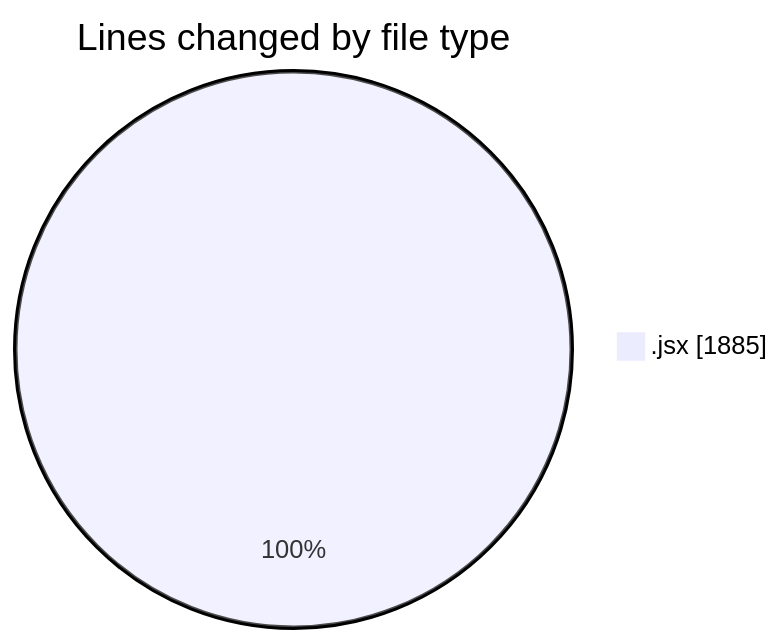
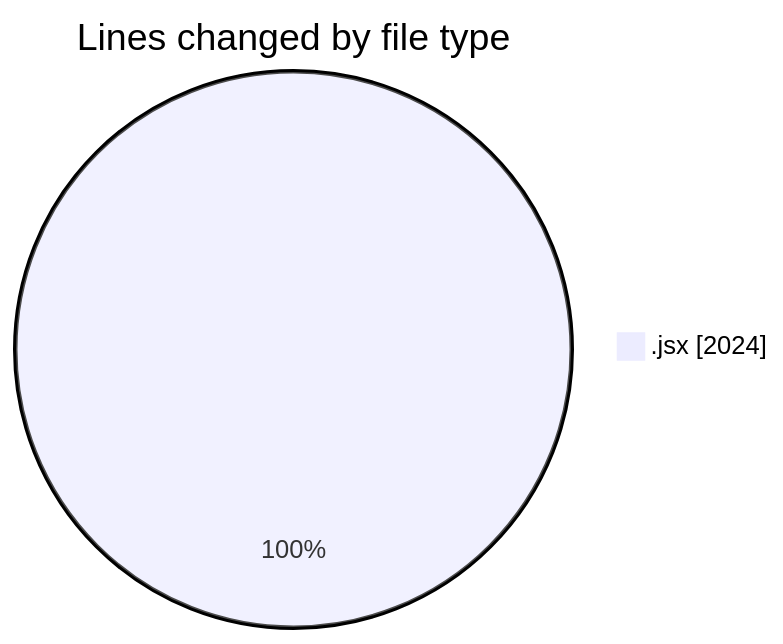
The first of 2 diagrams in 2025-05-05/nxtqube_webapp/README.md (nxtqubesakshisongat/code-tracking), drawn with Mermaid before and after one commit. The commit also changed other lines of this file and 1 other file, not shown here.

````diff
--- a/2025-05-05/nxtqube_webapp/README.md
+++ b/2025-05-05/nxtqube_webapp/README.md
@@ -20,5 +20,5 @@
 ```mermaid
 pie showData
 title Lines changed by file type
-".jsx" : 1885
+".jsx" : 2024
 ```
````
